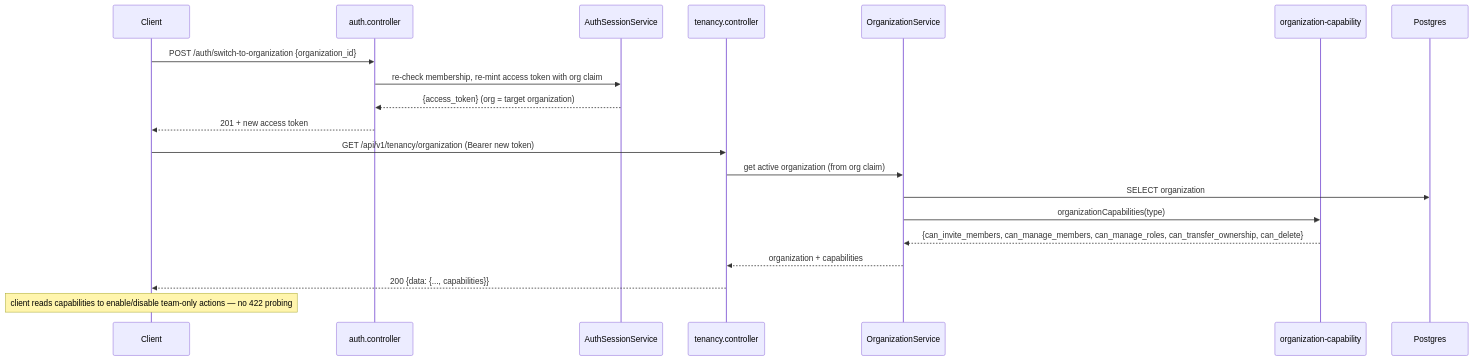
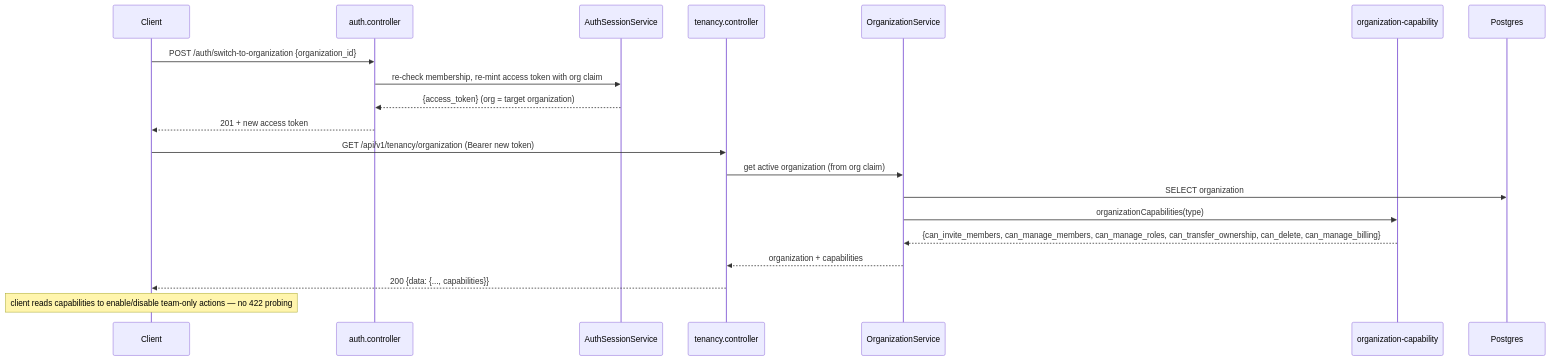
The third of 6 diagrams in src/FLOWS.md (nikunjmavani/core-be), drawn with Mermaid before and after one commit. The commit also changed other lines of this file and 21 other files, not shown here.

First line of the commit message:
feat(tenancy,billing): personal-org billing guard + can_manage_billing capability (#788)

````diff
--- a/src/FLOWS.md
+++ b/src/FLOWS.md
@@ -125,22 +125,22 @@
 ```mermaid
 sequenceDiagram
   participant Client
   participant Auth as auth.controller
   participant Sess as AuthSessionService
   participant Tenancy as tenancy.controller
   participant Org as OrganizationService
   participant Cap as organization-capability
   participant DB as Postgres
   Client->>Auth: POST /auth/switch-to-organization {organization_id}
   Auth->>Sess: re-check membership, re-mint access token with org claim
   Sess-->>Auth: {access_token} (org = target organization)
   Auth-->>Client: 201 + new access token
   Client->>Tenancy: GET /api/v1/tenancy/organization (Bearer new token)
   Tenancy->>Org: get active organization (from org claim)
   Org->>DB: SELECT organization
   Org->>Cap: organizationCapabilities(type)
-  Cap-->>Org: {can_invite_members, can_manage_members, can_manage_roles, can_transfer_ownership, can_delete}
+  Cap-->>Org: {can_invite_members, can_manage_members, can_manage_roles, can_transfer_ownership, can_delete, can_manage_billing}
   Org-->>Tenancy: organization + capabilities
   Tenancy-->>Client: 200 {data: {..., capabilities}}
   Note over Client: client reads capabilities to enable/disable team-only actions — no 422 probing
 ```
````
